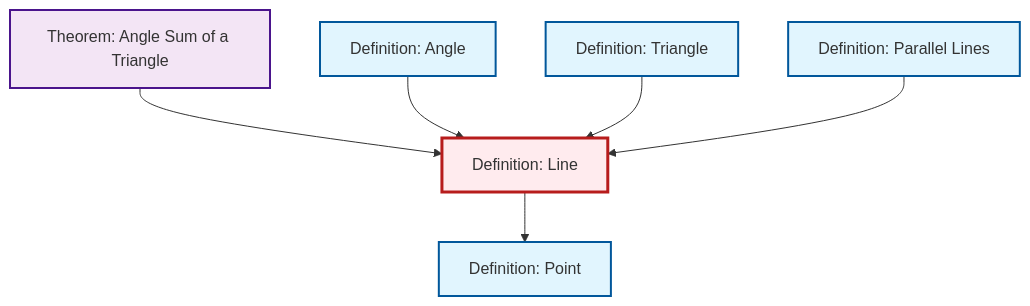
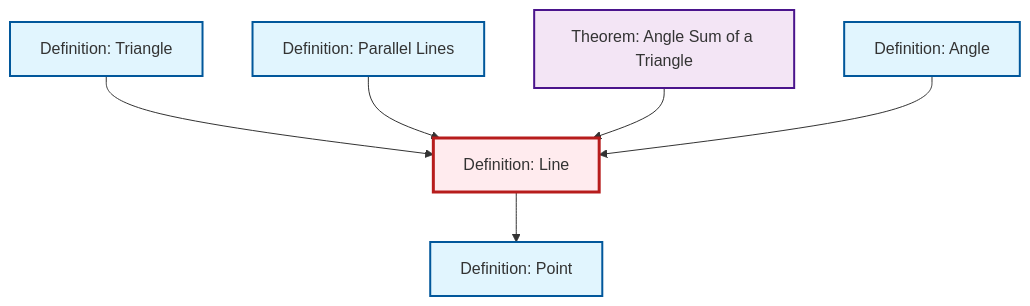
The diagram in content/ja/geometry/def-line.qmd (RK0429/ModernMath), drawn with Mermaid before and after one commit. The commit also changed other lines of this file and 615 other files, not shown here.

````diff
--- a/content/ja/geometry/def-line.qmd
+++ b/content/ja/geometry/def-line.qmd
@@ -46,26 +46,26 @@
 ```{mermaid}
 %%| fig-cap: "Local dependency graph"
 graph TD
     classDef definition fill:#e1f5fe,stroke:#01579b,stroke-width:2px
     classDef theorem fill:#f3e5f5,stroke:#4a148c,stroke-width:2px
     classDef axiom fill:#fff3e0,stroke:#e65100,stroke-width:2px
     classDef example fill:#e8f5e9,stroke:#1b5e20,stroke-width:2px
     classDef current fill:#ffebee,stroke:#b71c1c,stroke-width:3px
+    def-line["Definition: Line"]:::definition
     def-triangle["Definition: Triangle"]:::definition
+    thm-angle-sum-triangle["Theorem: Angle Sum of a Triangle"]:::theorem
+    def-parallel["Definition: Parallel Lines"]:::definition
+    def-angle["Definition: Angle"]:::definition
     def-point["Definition: Point"]:::definition
-    def-line["Definition: Line"]:::definition
-    def-parallel["Definition: Parallel Lines"]:::definition
-    thm-angle-sum-triangle["Theorem: Angle Sum of a Triangle"]:::theorem
-    def-angle["Definition: Angle"]:::definition
-    thm-angle-sum-triangle --> def-line
-    def-angle --> def-line
     def-line --> def-point
     def-triangle --> def-line
     def-parallel --> def-line
+    thm-angle-sum-triangle --> def-line
+    def-angle --> def-line
     class def-line current
     click def-triangle "def-triangle.html" "Definition: Triangleへ"
+    click thm-angle-sum-triangle "thm-angle-sum-triangle.html" "Theorem: Angle Sum of a Triangleへ"
+    click def-parallel "def-parallel.html" "Definition: Parallel Linesへ"
+    click def-angle "def-angle.html" "Definition: Angleへ"
     click def-point "def-point.html" "Definition: Pointへ"
-    click def-parallel "def-parallel.html" "Definition: Parallel Linesへ"
-    click thm-angle-sum-triangle "thm-angle-sum-triangle.html" "Theorem: Angle Sum of a Triangleへ"
-    click def-angle "def-angle.html" "Definition: Angleへ"
 ```
````
